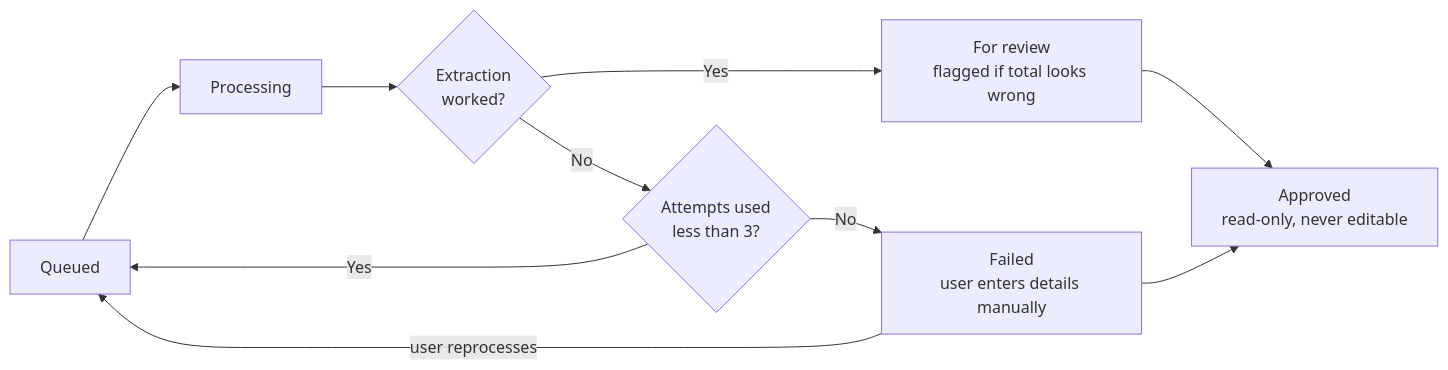
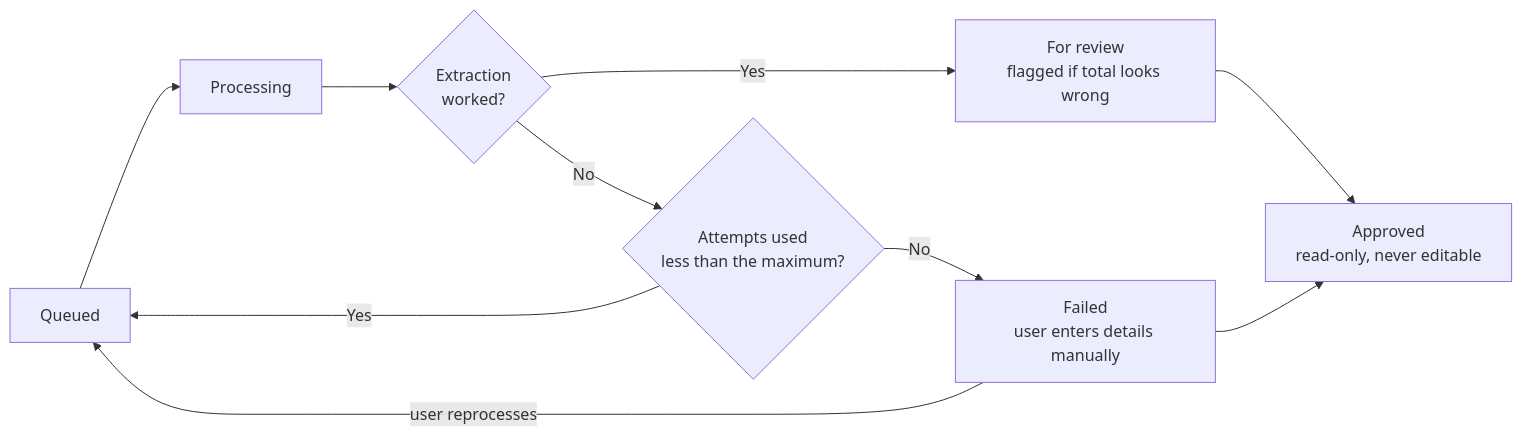
One commit to restocado/stubby changed the diagram in docs/business-requirements.md. Above: the diagram before and after it, drawn with Mermaid. The commit also changed other lines of this file and 1 other file, not shown here.

Commit message:
docs: update requirements to match architecture

````diff
--- a/docs/business-requirements.md
+++ b/docs/business-requirements.md
@@ -29,12 +29,12 @@
 ```mermaid
 flowchart LR
     Q[Queued] --> P[Processing]
     P --> OK{Extraction<br/>worked?}
     OK -- Yes --> R[For review<br/>flagged if total looks wrong]
-    OK -- No --> RT{Attempts used<br/>less than 3?}
+    OK -- No --> RT{Attempts used<br/>less than the maximum?}
     RT -- Yes --> Q
     RT -- No --> F[Failed<br/>user enters details manually]
     F -- user reprocesses --> Q
     R --> A[Approved<br/>read-only, never editable]
     F --> A
 ```
````
